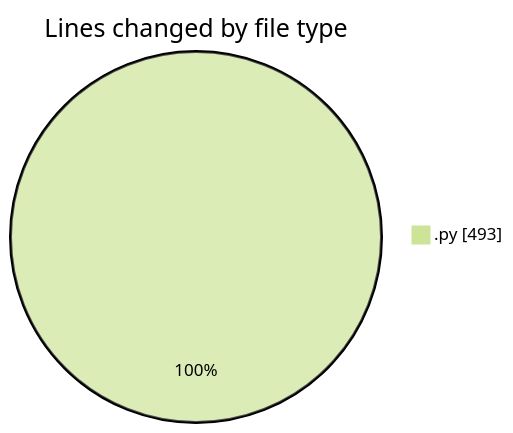
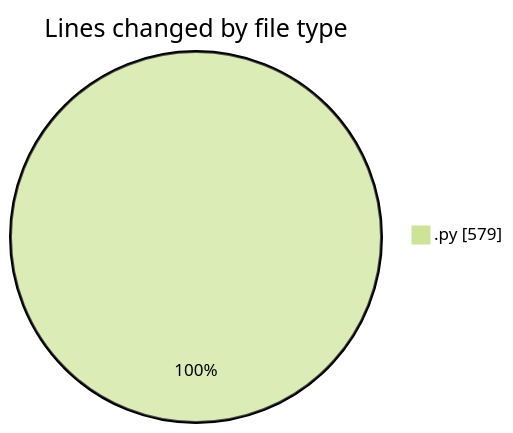
One commit to julien-gomy/code-tracking changed the first of 2 diagrams in 2025-10-22/eventscop-api-guide__workspace_/README.md. Above: the diagram before and after it, drawn with Mermaid (forest theme). The commit also changed other lines of this file and 1 other file, not shown here.

````diff
--- a/2025-10-22/eventscop-api-guide__workspace_/README.md
+++ b/2025-10-22/eventscop-api-guide__workspace_/README.md
@@ -29,5 +30,5 @@
 ```mermaid
 pie showData
 title Lines changed by file type
-".py" : 493
+".py" : 579
 ```
````
